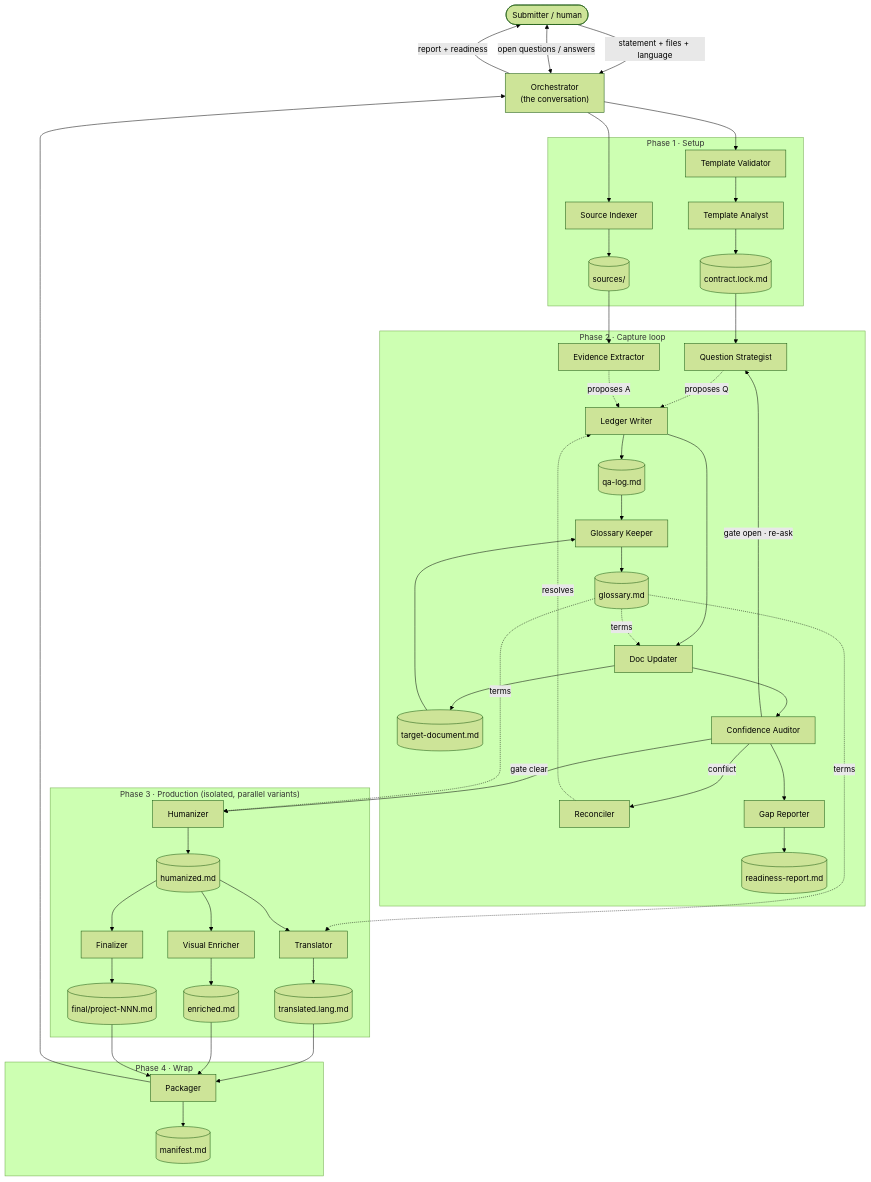
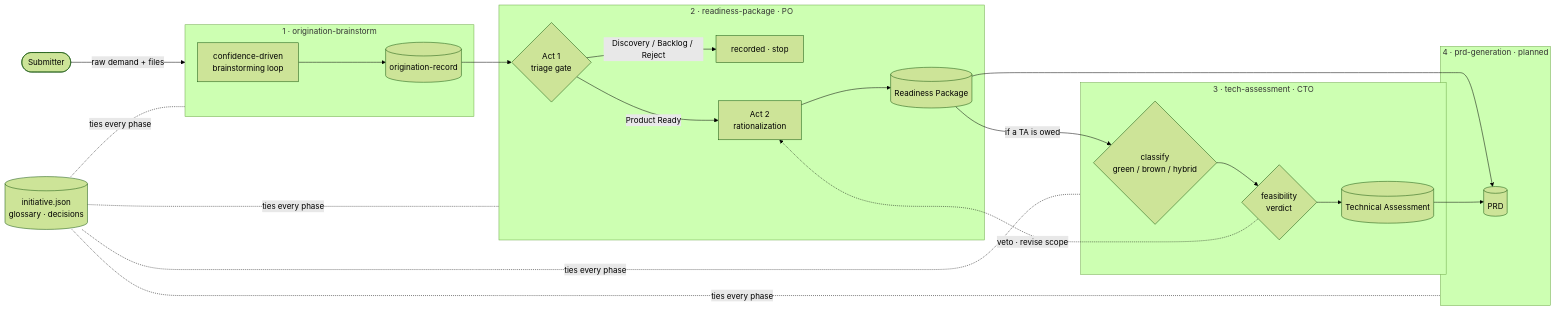
One commit to hugo-hsbtech/teamwork-process-marketplace changed the diagram in README.md. Above: the diagram before and after it, drawn with Mermaid (forest theme). The commit also changed other lines of this file, not shown here.

First line of the commit message:
docs: rebalance root README to show the full demand-to-delivery flow

````diff
--- a/README.md
+++ b/README.md
@@ -90,62 +74,36 @@
 ```mermaid
-flowchart TD
-    H(["Submitter / human"]) -->|" statement + files + language "| O["Orchestrator<br/>(the conversation)"]
+flowchart LR
+    H(["Submitter"]) -->|" raw demand + files "| OB
 
-    subgraph P1["Phase 1 · Setup"]
-        TV["Template Validator"] --> TA["Template Analyst"]
-        SI["Source Indexer"]
-        TA --> CONTRACT[("contract.lock.md")]
-        SI --> SRC[("sources/")]
+    subgraph OB["1 · origination-brainstorm"]
+        OBL["confidence-driven<br/>brainstorming loop"] --> OR[("origination-record")]
     end
 
-    O --> TV
-    O --> SI
-
-    subgraph P2["Phase 2 · Capture loop"]
-        QS["Question Strategist"]
-        FE["Evidence Extractor"]
-        RC["Reconciler"]
-        LW["Ledger Writer"] --> LEDGER[("qa-log.md")]
-        DU["Doc Updater"] --> DOC[("target-document.md")]
-        GK["Glossary Keeper"] --> GLOSS[("glossary.md")]
-        RR["Gap Reporter"] --> REPORT[("readiness-report.md")]
-        CA["Confidence Auditor"]
+    subgraph RP["2 · readiness-package · PO"]
+        TRI{"Act 1<br/>triage gate"}
+        TRI -->|" Discovery / Backlog / Reject "| STOP["recorded · stop"]
+        TRI -->|" Product Ready "| RAT["Act 2<br/>rationalization"]
+        RAT --> RPD[("Readiness Package")]
     end
 
-    CONTRACT --> QS
-    SRC --> FE
-    QS -. proposes Q .-> LW
-    FE -. proposes A .-> LW
-    RC -. resolves .-> LW
-    O <-->|" open questions / answers "| H
-    LW --> DU --> CA
-    CA -->|" gate open · re-ask "| QS
-    CA -->|" conflict "| RC
-    CA --> RR
-    CA -->|" gate clear "| HU
-    LEDGER --> GK
-    DOC --> GK
-    GLOSS -. terms .-> DU
-    GLOSS -. terms .-> HU
-    GLOSS -. terms .-> TR
-
-    subgraph P3["Phase 3 · Production (isolated, parallel variants)"]
-        HU["Humanizer"] --> HMD[("humanized.md")]
-        TR["Translator"] --> TMD[("translated.lang.md")]
-        VE["Visual Enricher"] --> EMD[("enriched.md")]
-        FIN["Finalizer"] --> FNL[("final/project-NNN.md")]
-        HMD --> TR
-        HMD --> VE
-        HMD --> FIN
+    subgraph TA["3 · tech-assessment · CTO"]
+        CL{"classify<br/>green / brown / hybrid"} --> FE{"feasibility<br/>verdict"}
+        FE --> TAD[("Technical Assessment")]
     end
 
-    subgraph P4["Phase 4 · Wrap"]
-        PK["Packager"] --> MAN[("manifest.md")]
+    subgraph PRDP["4 · prd-generation · planned"]
+        PRDD[("PRD")]
     end
 
-    TMD --> PK
-    EMD --> PK
-    FNL --> PK
-    PK --> O
-    O -->|" report + readiness "| H
+    OR --> TRI
+    RPD -->|" if a TA is owed "| CL
+    FE -. " veto · revise scope " .-> RAT
+    RPD --> PRDD
+    TAD --> PRDD
+
+    INIT[("initiative.json<br/>glossary · decisions")]
+    INIT -. "ties every phase" .- OB
+    INIT -. "ties every phase" .- RP
+    INIT -. "ties every phase" .- TA
+    INIT -. "ties every phase" .- PRDP
 ```
````
